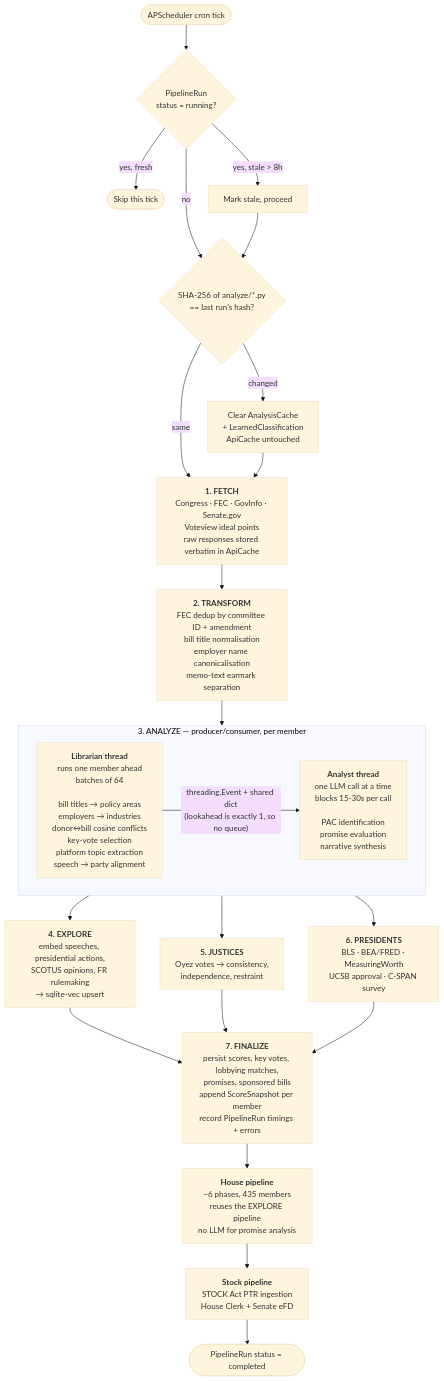
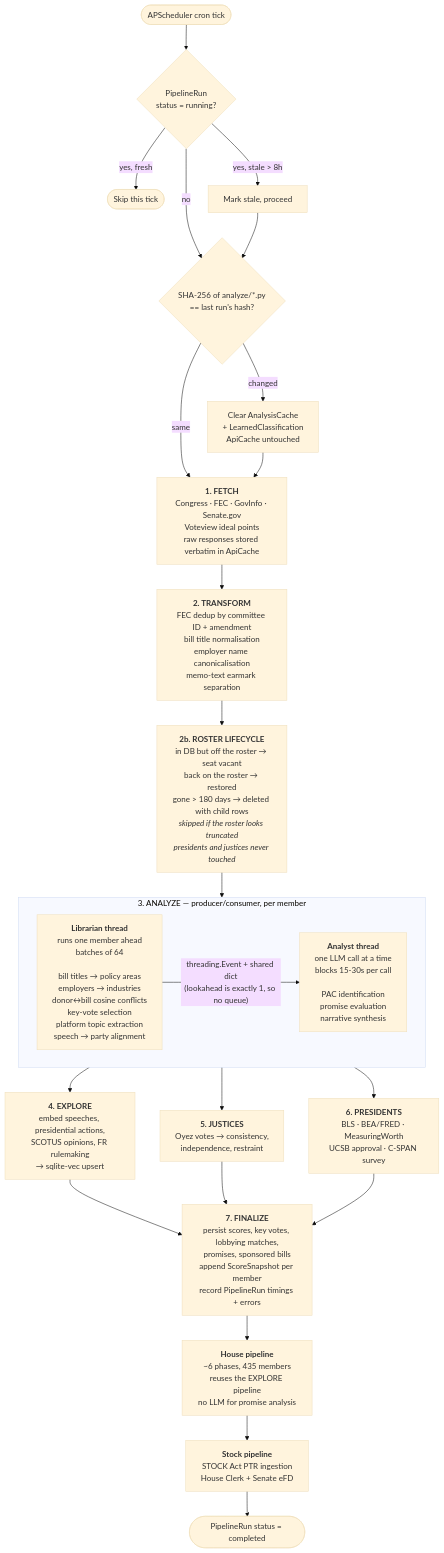
One commit to kamoras/civitas changed the diagram in docs/diagrams/02-nightly-pipeline.md. Above: the diagram before and after it, drawn with Mermaid (base theme). The commit also changed other lines of this file and 6 other files, not shown here.

````diff
--- a/docs/diagrams/02-nightly-pipeline.md
+++ b/docs/diagrams/02-nightly-pipeline.md
@@ -6,38 +6,39 @@
 ```mermaid
 flowchart TB
     START(["APScheduler cron tick"]) --> LOCK{"PipelineRun<br/>status = running?"}
     LOCK -->|yes, fresh| SKIP(["Skip this tick"])
     LOCK -->|yes, stale > 8h| MARK["Mark stale, proceed"]
     LOCK -->|no| FP
     MARK --> FP
 
     FP{"SHA-256 of analyze/*.py<br/>== last run's hash?"}
     FP -->|changed| CLEAR["Clear AnalysisCache<br/>+ LearnedClassification<br/>ApiCache untouched"]
     FP -->|same| P1
     CLEAR --> P1
 
     P1["<b>1. FETCH</b><br/>Congress · FEC · GovInfo · Senate.gov<br/>Voteview ideal points<br/>raw responses stored verbatim in ApiCache"]
     P2["<b>2. TRANSFORM</b><br/>FEC dedup by committee ID + amendment<br/>bill title normalisation<br/>employer name canonicalisation<br/>memo-text earmark separation"]
-    P1 --> P2 --> P3
+    P2B["<b>2b. ROSTER LIFECYCLE</b><br/>in DB but off the roster → seat vacant<br/>back on the roster → restored<br/>gone > 180 days → deleted with child rows<br/><i>skipped if the roster looks truncated</i><br/><i>presidents and justices never touched</i>"]
+    P1 --> P2 --> P2B --> P3
 
     subgraph P3["3. ANALYZE — producer/consumer, per member"]
         direction LR
         LIB["<b>Librarian thread</b><br/>runs one member ahead<br/>batches of 64<br/><br/>bill titles → policy areas<br/>employers → industries<br/>donor↔bill cosine conflicts<br/>key-vote selection<br/>platform topic extraction<br/>speech → party alignment"]
         ANA["<b>Analyst thread</b><br/>one LLM call at a time<br/>blocks 15-30s per call<br/><br/>PAC identification<br/>promise evaluation<br/>narrative synthesis"]
         LIB -->|"threading.Event + shared dict<br/>(lookahead is exactly 1, so no queue)"| ANA
     end
 
     P3 --> P4["<b>4. EXPLORE</b><br/>embed speeches, presidential actions,<br/>SCOTUS opinions, FR rulemaking<br/>→ sqlite-vec upsert"]
     P3 --> P5["<b>5. JUSTICES</b><br/>Oyez votes → consistency,<br/>independence, restraint"]
     P3 --> P6["<b>6. PRESIDENTS</b><br/>BLS · BEA/FRED · MeasuringWorth<br/>UCSB approval · C-SPAN survey"]
 
     P4 --> P7
     P5 --> P7
     P6 --> P7
 
     P7["<b>7. FINALIZE</b><br/>persist scores, key votes, lobbying matches,<br/>promises, sponsored bills<br/>append ScoreSnapshot per member<br/>record PipelineRun timings + errors"]
 
     P7 --> HOUSE["<b>House pipeline</b><br/>~6 phases, 435 members<br/>reuses the EXPLORE pipeline<br/>no LLM for promise analysis"]
     HOUSE --> STOCK["<b>Stock pipeline</b><br/>STOCK Act PTR ingestion<br/>House Clerk + Senate eFD"]
     STOCK --> DONE(["PipelineRun status = completed"])
 ```
````
